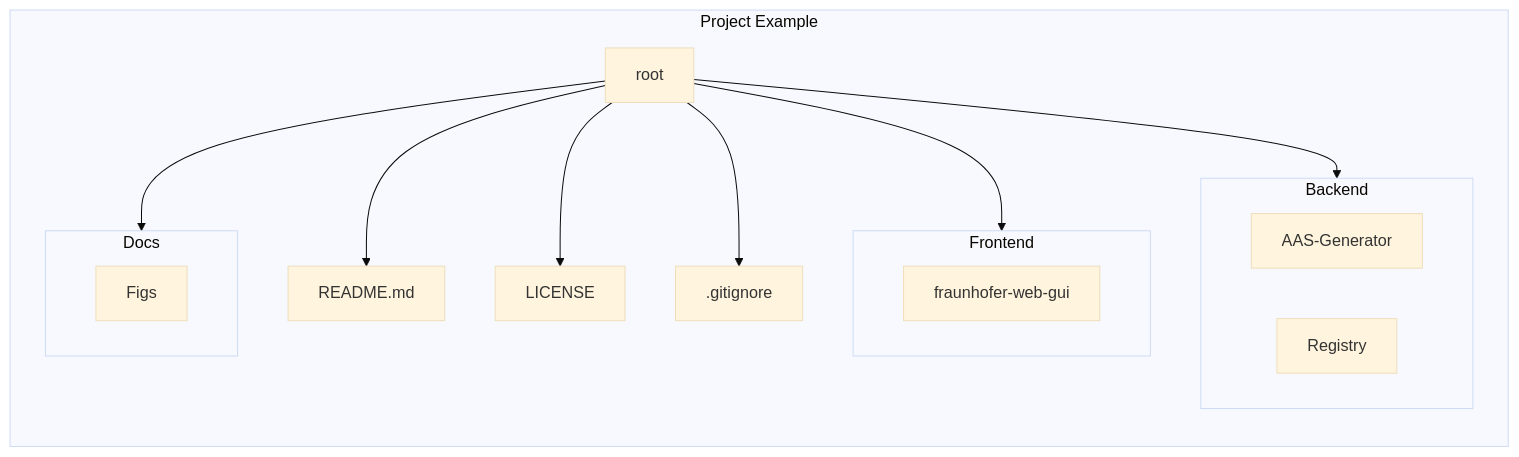
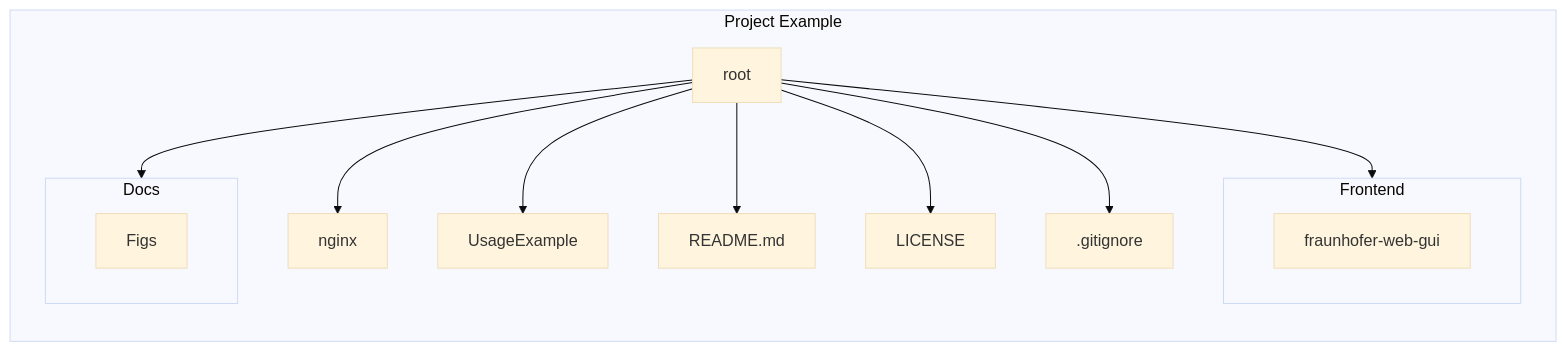
One commit to eclipse-basyx/basyx-applications changed the diagram in aas-gui/README.md. Above: the diagram before and after it, drawn with Mermaid (base theme). The commit also changed other lines of this file and 100 other files, not shown here.

````diff
--- a/aas-gui/README.md
+++ b/aas-gui/README.md
@@ -15,21 +15,18 @@
 ```mermaid
     flowchart LR
     subgraph Project Example
         root --> Frontend
-        root --> Backend
+        root --> nginx
+        root --> UsageExample
         root --> Docs
         root --> README.md
         root --> LICENSE
         root --> .gitignore
         subgraph Frontend
             fraunhofer-web-gui
         end
-        subgraph Backend
-            AAS-Generator
-            Registry
-        end
         subgraph Docs
             Figs
         end
     end
 ```
````
